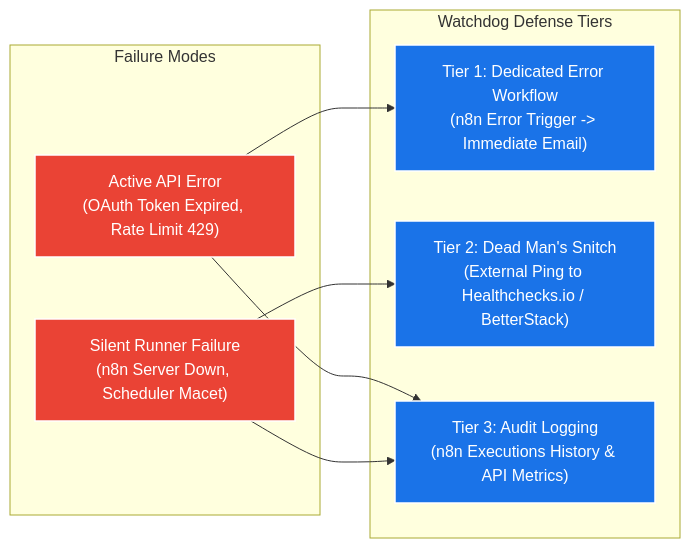
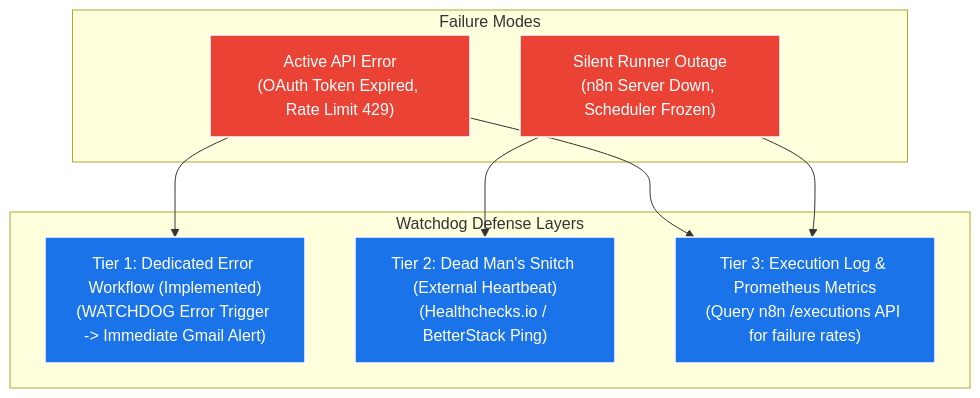
One commit to haydiru/gmail-todoist-alert-automation changed the second of 2 diagrams in README.md. Above: the diagram before and after it, drawn with Mermaid. The commit also changed other lines of this file and 3 other files, not shown here.

````diff
--- a/README.md
+++ b/README.md
@@ -171,22 +157,22 @@
 ```mermaid
-flowchart LR
+flowchart TD
     subgraph Failures["Failure Modes"]
         F1["Active API Error<br/>(OAuth Token Expired, Rate Limit 429)"]
-        F2["Silent Runner Failure<br/>(n8n Server Down, Scheduler Macet)"]
+        F2["Silent Runner Outage<br/>(n8n Server Down, Scheduler Frozen)"]
     end
 
-    subgraph Defense["Watchdog Defense Tiers"]
-        D1["Tier 1: Dedicated Error Workflow<br/>(n8n Error Trigger -> Immediate Email)"]
-        D2["Tier 2: Dead Man's Snitch<br/>(External Ping to Healthchecks.io / BetterStack)"]
-        D3["Tier 3: Audit Logging<br/>(n8n Executions History & API Metrics)"]
+    subgraph Defense["Watchdog Defense Layers"]
+        W1["Tier 1: Dedicated Error Workflow (Implemented)<br/>(WATCHDOG Error Trigger -> Immediate Gmail Alert)"]
+        W2["Tier 2: Dead Man's Snitch (External Heartbeat)<br/>(Healthchecks.io / BetterStack Ping)"]
+        W3["Tier 3: Execution Log & Prometheus Metrics<br/>(Query n8n /executions API for failure rates)"]
     end
 
-    F1 --> D1
-    F2 --> D2
-    F1 & F2 --> D3
+    F1 --> W1
+    F2 --> W2
+    F1 & F2 --> W3
 
     classDef fail fill:#ea4335,stroke:#fff,stroke-width:1.5px,color:#fff;
-    classDef def fill:#1a73e8,stroke:#fff,stroke-width:1.5px,color:#fff;
+    classDef watch fill:#1a73e8,stroke:#fff,stroke-width:1.5px,color:#fff;
     class F1,F2 fail;
-    class D1,D2,D3 def;
+    class W1,W2,W3 watch;
 ```
````
